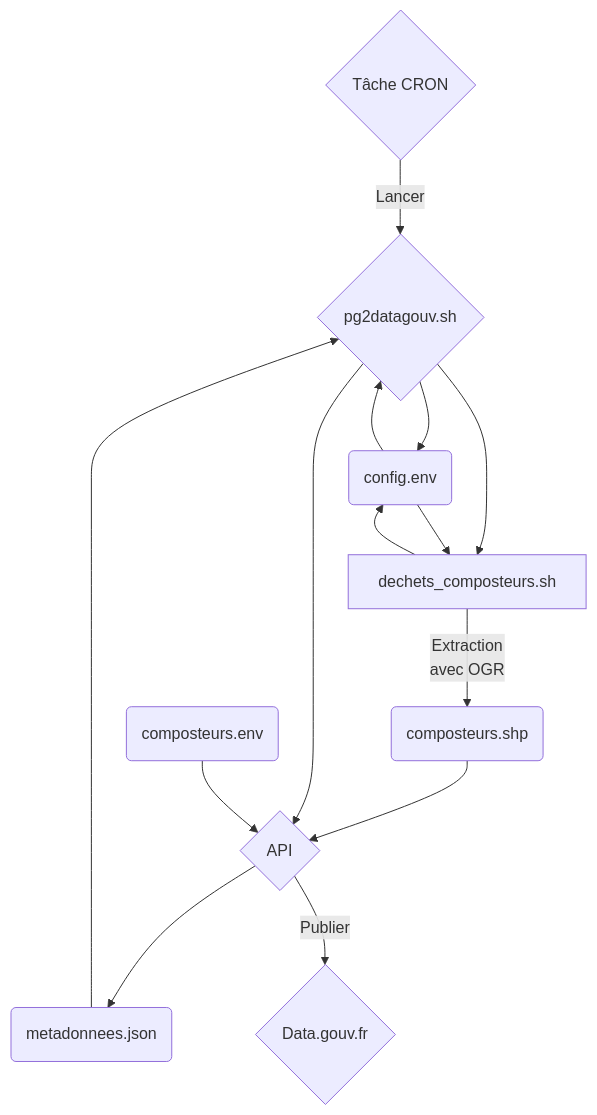
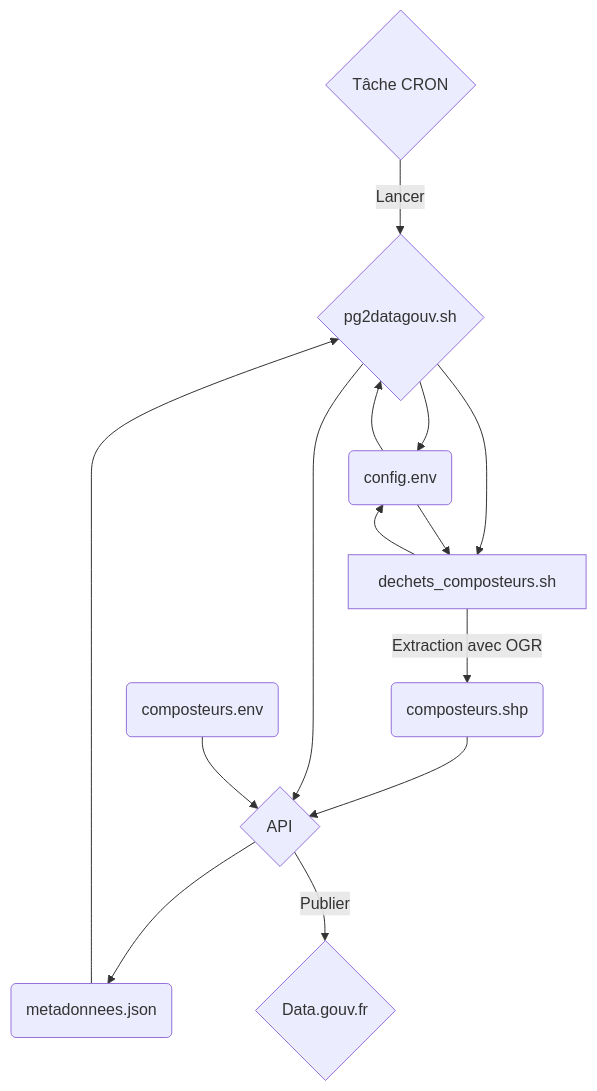
The diagram in content/articles/2021/2021-08-31_pg2datagouv.md (geotribu/website), drawn with Mermaid before and after one commit.

Commit message:
pg2datagouv - Correction mermaid

````diff
--- a/content/articles/2021/2021-08-31_pg2datagouv.md
+++ b/content/articles/2021/2021-08-31_pg2datagouv.md
@@ -43,15 +43,15 @@
 ```mermaid
 graph TD;
     A{pg2datagouv.sh} --> G(config.env);
     G --> A;
-    A --> D[dechets_composteurs.sh] --> |Extraction<br>avec OGR| U(composteurs.shp);
+    A --> D[dechets_composteurs.sh] --> |Extraction avec OGR| U(composteurs.shp);
     D --> G;
     G --> D;
     U --> H{API};
     R{Tâche CRON} --> |Lancer| A;
     S(metadonnees.json) --> A;
     H --> S;
     A --> H;
     M(composteurs.env) --> H;
     H --> |Publier| X{Data.gouv.fr};
 ```
````
